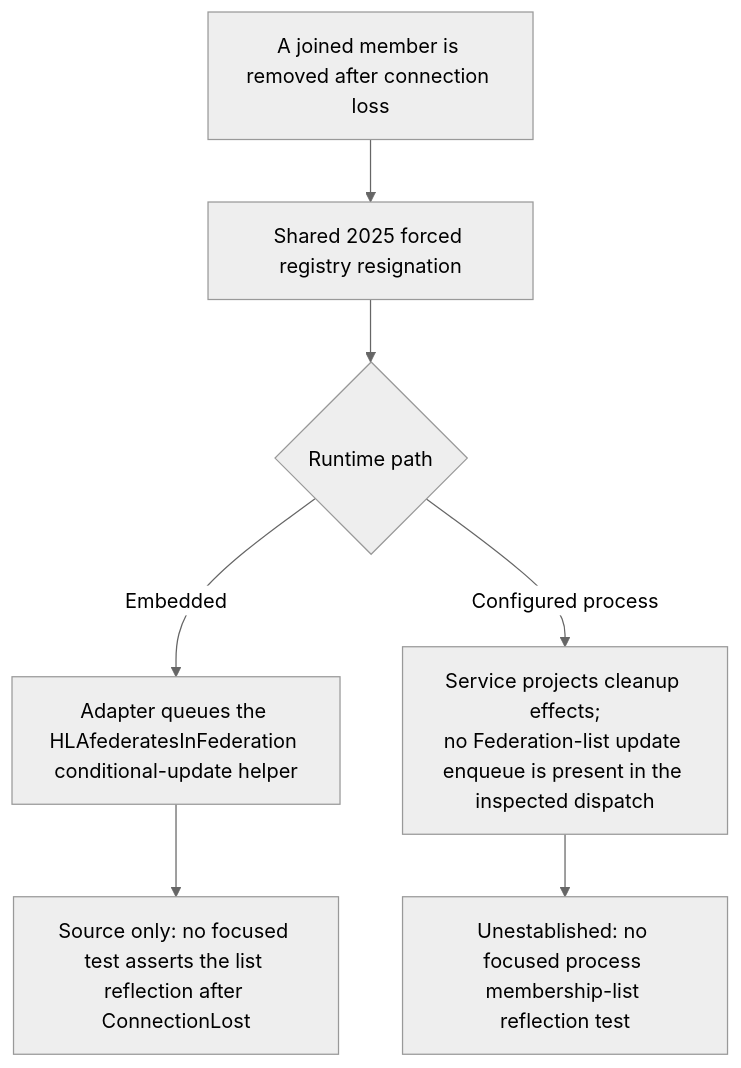
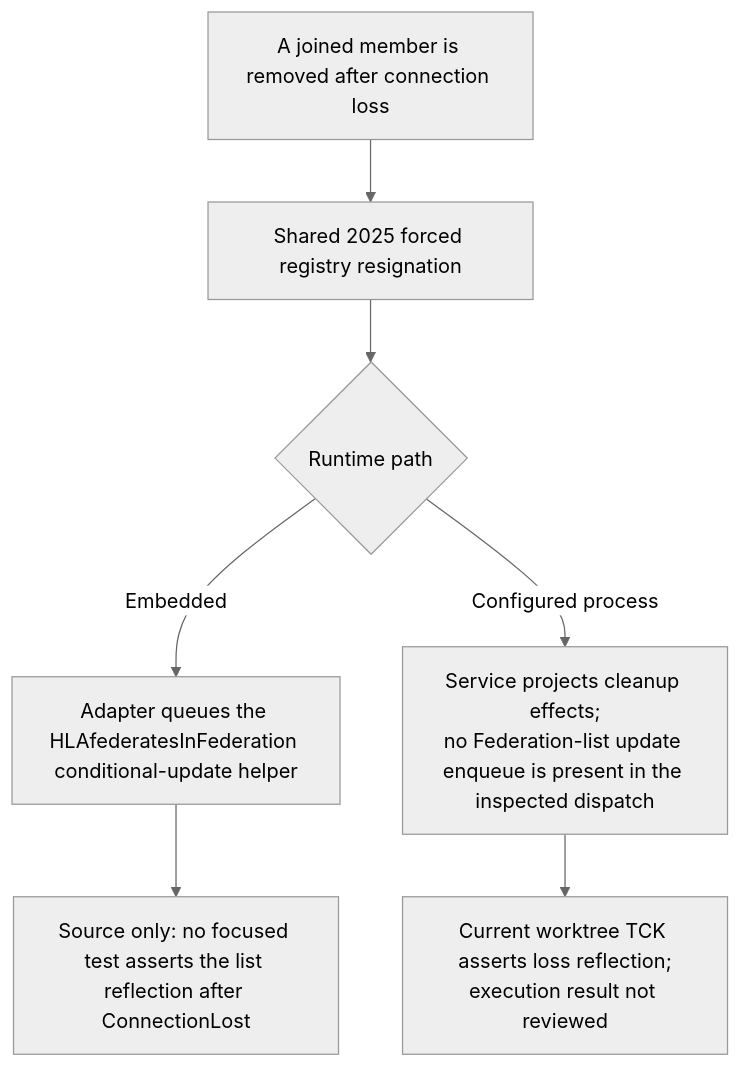
One commit to sheepfling/umbra changed the second of 27 diagrams in docs/design/HLA-2025-FEDERATION-MOM-FLOW-GUIDE.md. Above: the diagram before and after it, drawn with Mermaid (neutral theme). The commit also changed other lines of this file and 36 other files, not shown here.

````diff
--- a/docs/design/HLA-2025-FEDERATION-MOM-FLOW-GUIDE.md
+++ b/docs/design/HLA-2025-FEDERATION-MOM-FLOW-GUIDE.md
@@ -168,9 +191,9 @@
 ```mermaid
 flowchart TD
   LOST["A joined member is removed after connection loss"] --> REG["Shared 2025 forced registry resignation"]
   REG --> PROFILE{"Runtime path"}
   PROFILE -->|Embedded| EMBED["Adapter queues the HLAfederatesInFederation conditional-update helper"]
   PROFILE -->|Configured process| PROCESS["Service projects cleanup effects;<br/>no Federation-list update enqueue is present in the inspected dispatch"]
   EMBED --> EMBED_GAP["Source only: no focused test asserts the list reflection after ConnectionLost"]
-  PROCESS --> PROCESS_GAP["Unestablished: no focused process membership-list reflection test"]
+  PROCESS --> PROCESS_GAP["Current worktree TCK asserts loss reflection;<br/>execution result not reviewed"]
 ```
````
